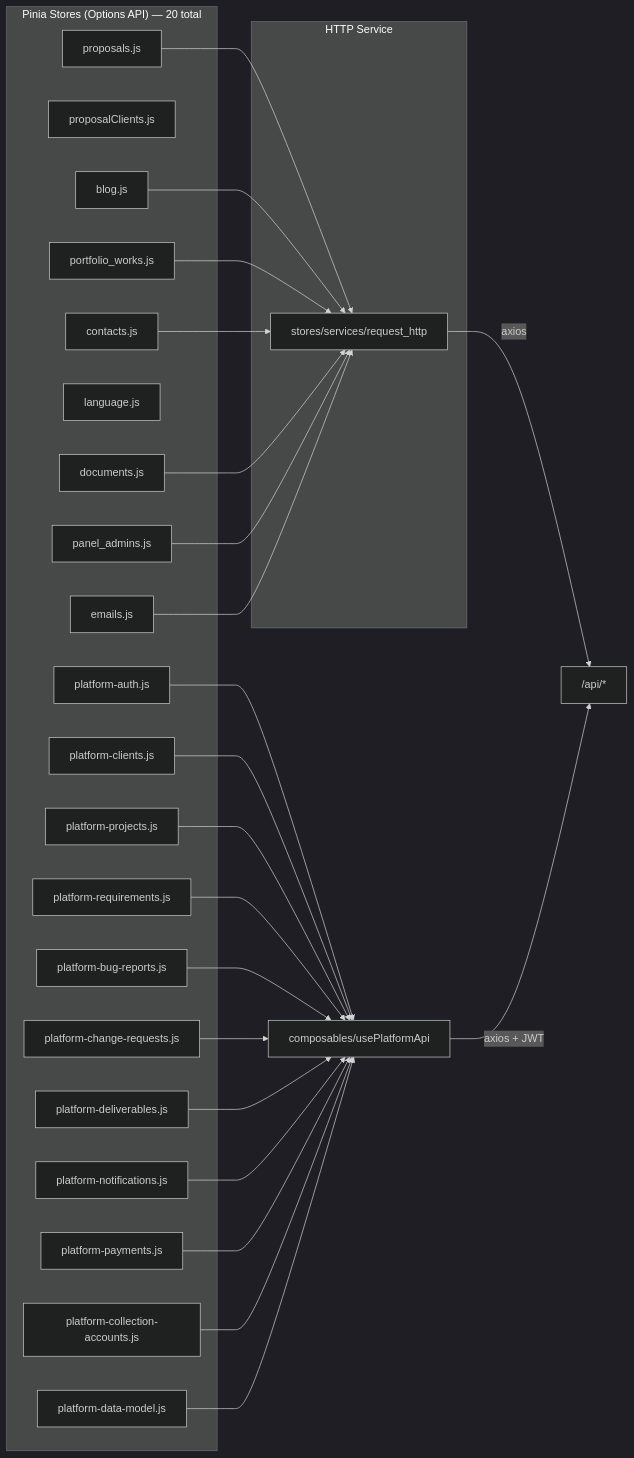
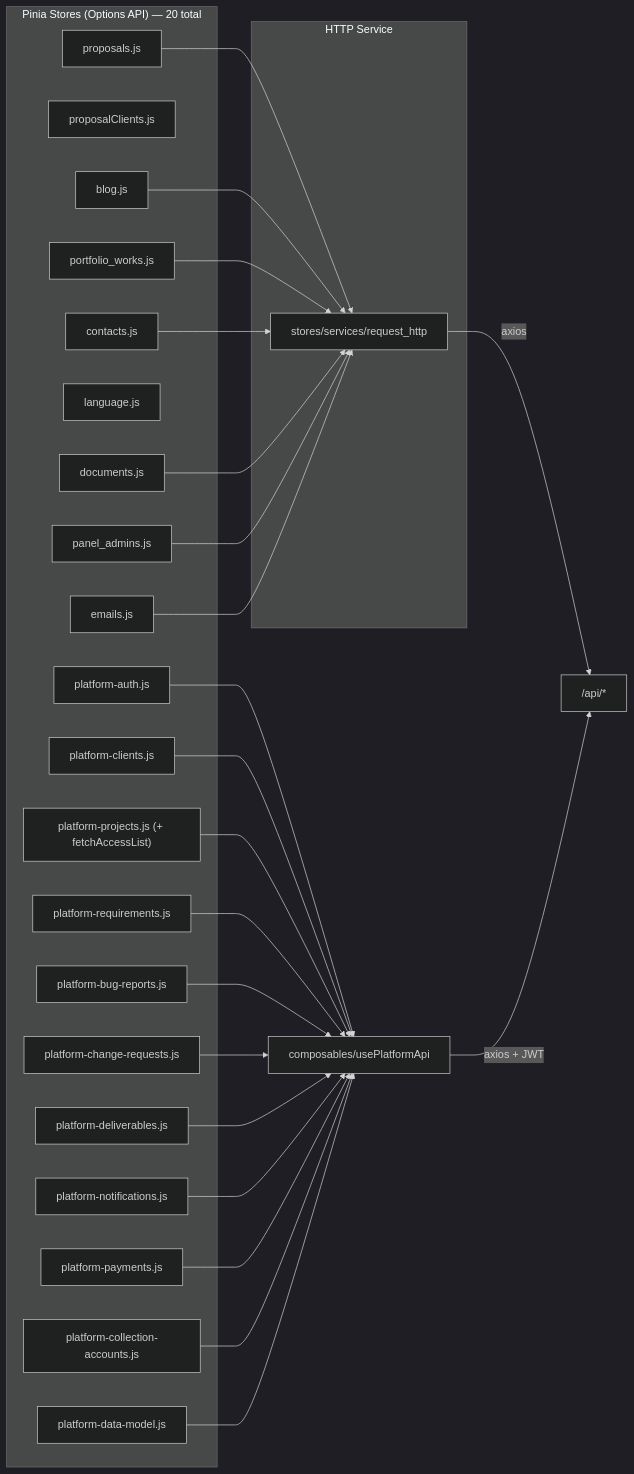
One commit to gustavop-dev/projectapp changed the seventh of 11 diagrams in docs/methodology/architecture.md. Above: the diagram before and after it, drawn with Mermaid (dark theme). The commit also changed other lines of this file and 296 other files, not shown here.

````diff
--- a/docs/methodology/architecture.md
+++ b/docs/methodology/architecture.md
@@ -316,51 +321,51 @@
 ```mermaid
 flowchart LR
     subgraph Stores["Pinia Stores (Options API) — 20 total"]
         ProposalStore["proposals.js"]
         ProposalClientsStore["proposalClients.js"]
         BlogStore["blog.js"]
         PortfolioStore["portfolio_works.js"]
         ContactStore["contacts.js"]
         LanguageStore["language.js"]
         DocumentStore["documents.js"]
         PanelAdmins["panel_admins.js"]
         PlatformAuth["platform-auth.js"]
         PlatformClients["platform-clients.js"]
-        PlatformProjects["platform-projects.js"]
+        PlatformProjects["platform-projects.js (+ fetchAccessList)"]
         PlatformRequirements["platform-requirements.js"]
         PlatformBugReports["platform-bug-reports.js"]
         PlatformChangeRequests["platform-change-requests.js"]
         PlatformDeliverables["platform-deliverables.js"]
         PlatformNotifications["platform-notifications.js"]
         PlatformPayments["platform-payments.js"]
         PlatformCollectionAccounts["platform-collection-accounts.js"]
         PlatformDataModel["platform-data-model.js"]
         EmailsStore["emails.js"]
     end
 
     subgraph HTTP["HTTP Service"]
         RequestHTTP["stores/services/request_http"]
     end
 
     ProposalStore --> RequestHTTP
     BlogStore --> RequestHTTP
     PortfolioStore --> RequestHTTP
     ContactStore --> RequestHTTP
     DocumentStore --> RequestHTTP
     PanelAdmins --> RequestHTTP
     PlatformAuth --> PlatformHTTP["composables/usePlatformApi"]
     PlatformClients --> PlatformHTTP
     PlatformProjects --> PlatformHTTP
     PlatformRequirements --> PlatformHTTP
     PlatformBugReports --> PlatformHTTP
     PlatformChangeRequests --> PlatformHTTP
     PlatformDeliverables --> PlatformHTTP
     PlatformNotifications --> PlatformHTTP
     PlatformPayments --> PlatformHTTP
     PlatformCollectionAccounts --> PlatformHTTP
     PlatformDataModel --> PlatformHTTP
     EmailsStore --> RequestHTTP
 
     RequestHTTP -->|axios| API["/api/*"]
     PlatformHTTP -->|axios + JWT| API
 ```
````
